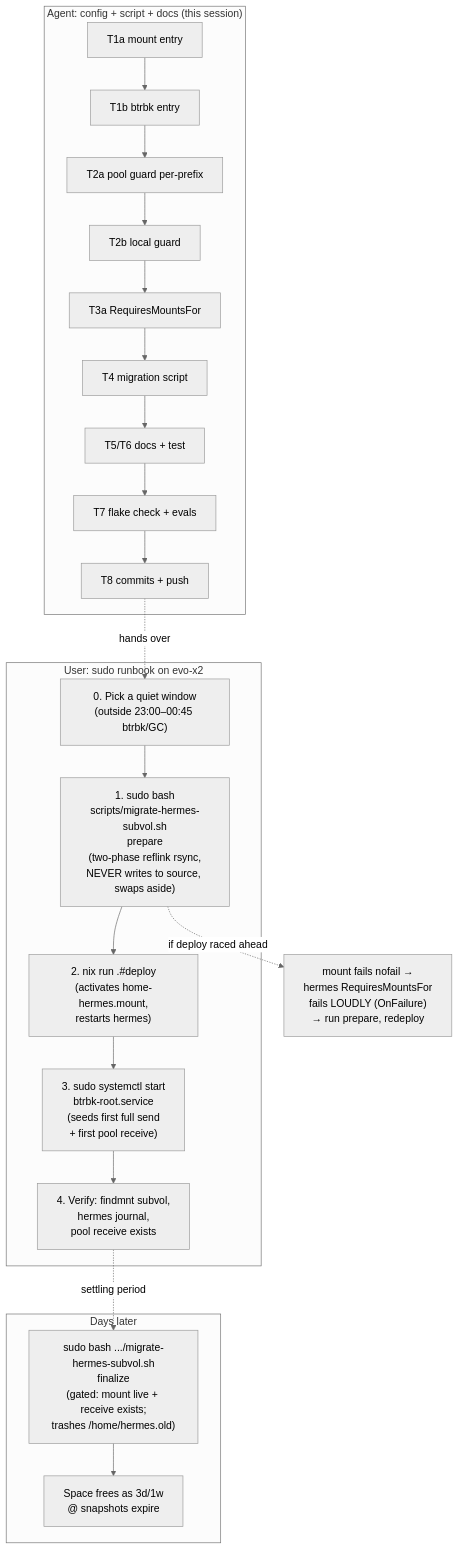
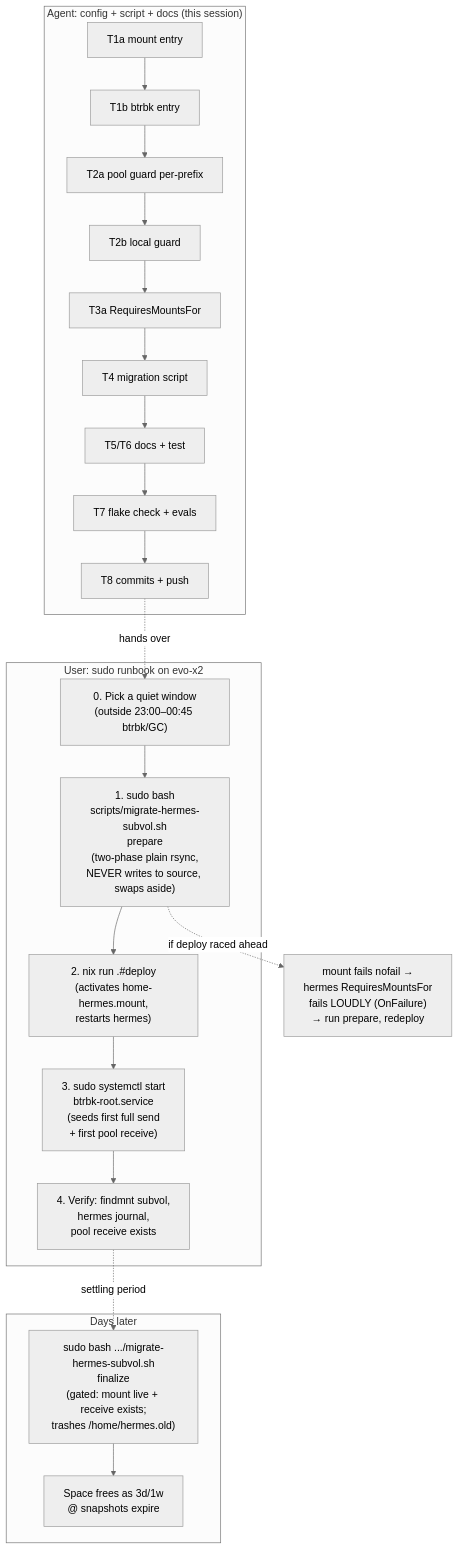
One commit to LarsArtmann/SystemNix changed the diagram in docs/planning/2026-09-15_19-59_HERMES-HOME-SUBVOLUME-MIGRATION.md. Above: the diagram before and after it, drawn with Mermaid (neutral theme). The commit also changed other lines of this file and 3 other files, not shown here.

````diff
--- a/docs/planning/2026-09-15_19-59_HERMES-HOME-SUBVOLUME-MIGRATION.md
+++ b/docs/planning/2026-09-15_19-59_HERMES-HOME-SUBVOLUME-MIGRATION.md
@@ -112,29 +112,29 @@
 ```mermaid
 flowchart TD
     subgraph AGENT["Agent: config + script + docs (this session)"]
         A1[T1a mount entry] --> A2[T1b btrbk entry]
         A2 --> A3[T2a pool guard per-prefix]
         A3 --> A4[T2b local guard]
         A4 --> A5[T3a RequiresMountsFor]
         A5 --> A6[T4 migration script]
         A6 --> A7[T5/T6 docs + test]
         A7 --> A8[T7 flake check + evals]
         A8 --> A9[T8 commits + push]
     end
 
     subgraph USER["User: sudo runbook on evo-x2"]
-        U0["0. Pick a quiet window<br/>(outside 23:00–00:45 btrbk/GC)"] --> U1["1. sudo bash<br/>scripts/migrate-hermes-subvol.sh<br/>prepare<br/>(two-phase reflink rsync,<br/>NEVER writes to source, swaps aside)"]
+        U0["0. Pick a quiet window<br/>(outside 23:00–00:45 btrbk/GC)"] --> U1["1. sudo bash<br/>scripts/migrate-hermes-subvol.sh<br/>prepare<br/>(two-phase plain rsync,<br/>NEVER writes to source, swaps aside)"]
         U1 --> U2["2. nix run .#deploy<br/>(activates home-hermes.mount,<br/>restarts hermes)"]
         U2 --> U3["3. sudo systemctl start<br/>btrbk-root.service<br/>(seeds first full send<br/>+ first pool receive)"]
         U3 --> U4["4. Verify: findmnt subvol,<br/>hermes journal,<br/>pool receive exists"]
     end
 
     subgraph LATER["Days later"]
         L1["sudo bash .../migrate-hermes-subvol.sh<br/>finalize<br/>(gated: mount live + receive exists;<br/>trashes /home/hermes.old)"] --> L2["Space frees as 3d/1w<br/>@ snapshots expire"]
     end
 
     A9 -. hands over .-> U0
     U4 -. settling period .-> L1
 
     U1 -. "if deploy raced ahead" .-> X1["mount fails nofail →<br/>hermes RequiresMountsFor<br/>fails LOUDLY (OnFailure)<br/>→ run prepare, redeploy"]
 ```
````
